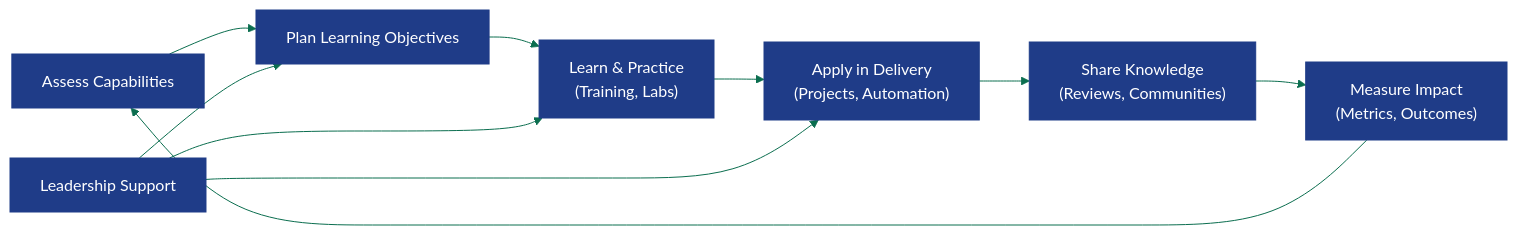
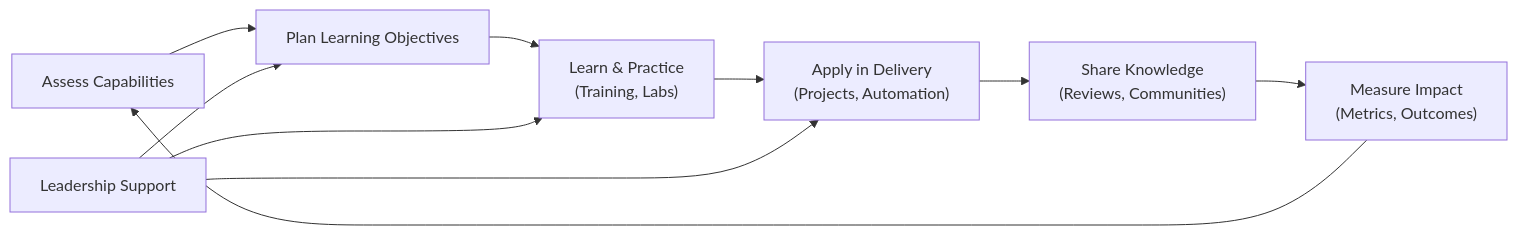
Before and after one commit to Geonitab/architecture_as_code: the diagram in docs/images/diagram_18_competency_cycle.mmd, drawn with Mermaid. The commit also changed 46 other files, not shown here.

Commit message:
Align Mermaid visuals with accessible Kvadrat theme

```diff
--- a/docs/images/diagram_18_competency_cycle.mmd
+++ b/docs/images/diagram_18_competency_cycle.mmd
@@ -1,21 +1,10 @@
----
-config:
-  theme: 'base'
-  themeVariables:
-    primaryColor: '#1F3C88'
-    primaryTextColor: '#ffffff'
-    primaryBorderColor: '#1F3C88'
-    lineColor: '#0B6E4F'
-    secondaryColor: '#F18F01'
-    tertiaryColor: '#ffffff'
----
 flowchart LR
-    Assess["Assess Capabilities"] --> Plan["Plan Learning Objectives"]
-    Plan --> Learn["Learn & Practice\n(Training, Labs)"]
-    Learn --> Apply["Apply in Delivery\n(Projects, Automation)"]
-    Apply --> Share["Share Knowledge\n(Reviews, Communities)"]
-    Share --> Measure["Measure Impact\n(Metrics, Outcomes)"]
+    Assess["Assess Capabilities"]:::kv-primary --> Plan["Plan Learning Objectives"]:::kv-highlight
+    Plan --> Learn["Learn & Practice\n(Training, Labs)"]:::kv-accent
+    Learn --> Apply["Apply in Delivery\n(Projects, Automation)"]:::kv-primary
+    Apply --> Share["Share Knowledge\n(Reviews, Communities)"]:::kv-highlight
+    Share --> Measure["Measure Impact\n(Metrics, Outcomes)"]:::kv-accent
     Measure --> Assess
-    Leadership["Leadership Support"] --> Plan
+    Leadership["Leadership Support"]:::kv-outline --> Plan
     Leadership --> Learn
     Leadership --> Apply
```
